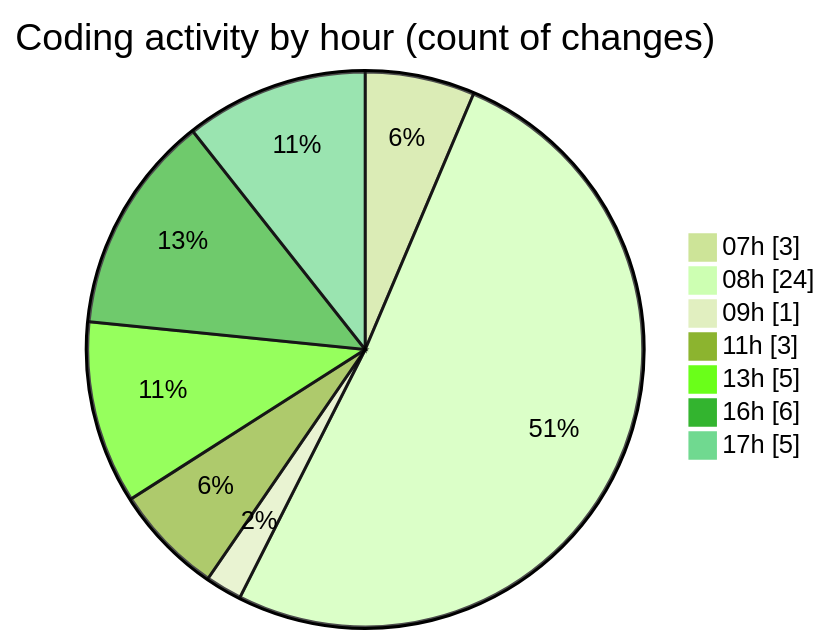
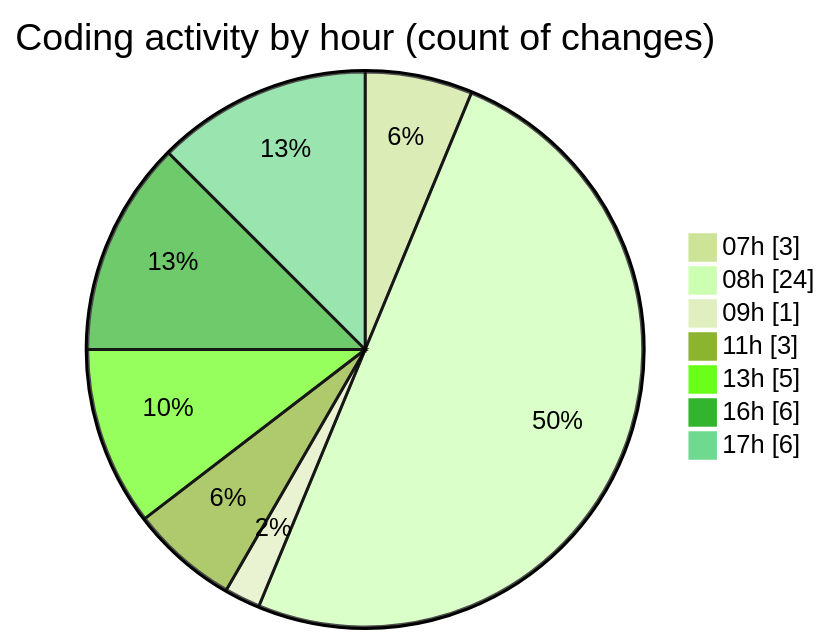
One commit to becaeroporto-bot/code-tracking changed the second of 2 diagrams in 2026-02-20/bot_i_a/README.md. Above: the diagram before and after it, drawn with Mermaid (forest theme). The commit also changed other lines of this file and 1 other file, not shown here.

````diff
--- a/2026-02-20/bot_i_a/README.md
+++ b/2026-02-20/bot_i_a/README.md
@@ -50,11 +51,11 @@
 ```mermaid
 pie showData
 title Coding activity by hour (count of changes)
 "07h" : 3
 "08h" : 24
 "09h" : 1
 "11h" : 3
 "13h" : 5
 "16h" : 6
-"17h" : 5
+"17h" : 6
 ```
````
